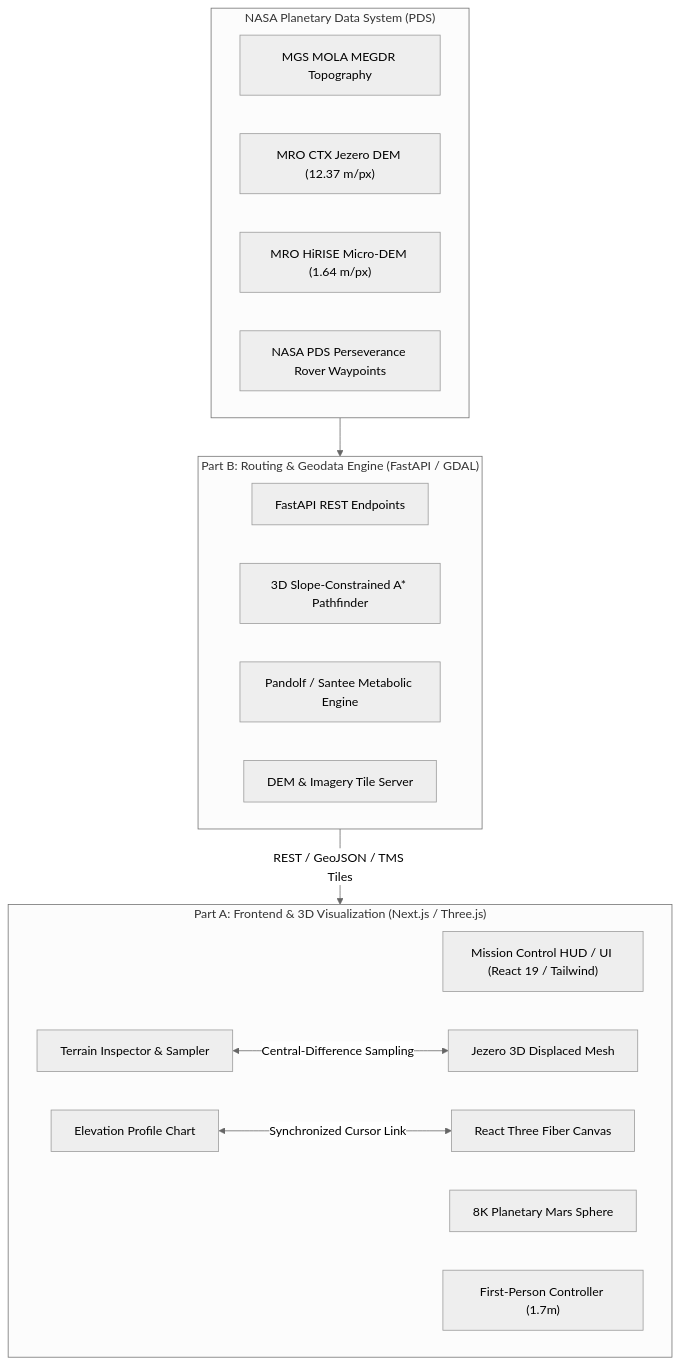
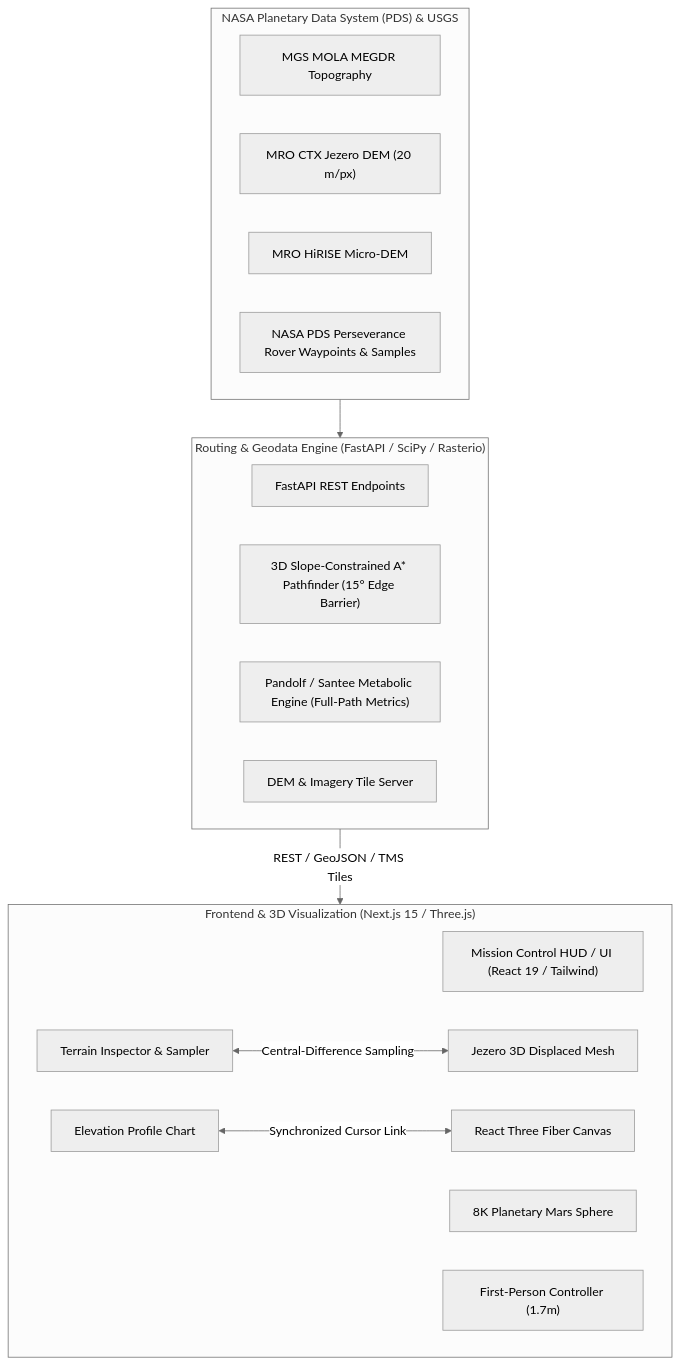
Before and after one commit to l3nnardwlg/mars-map: the diagram in README.md, drawn with Mermaid (neutral theme). The commit also changed other lines of this file and 41 other files, not shown here.

````diff
--- a/README.md
+++ b/README.md
@@ -56,31 +57,31 @@
 ```mermaid
 flowchart TD
-    subgraph Frontend ["Part A: Frontend & 3D Visualization (Next.js / Three.js)"]
+    subgraph Frontend ["Frontend & 3D Visualization (Next.js 15 / Three.js)"]
         UI["Mission Control HUD / UI (React 19 / Tailwind)"]
         Canvas["React Three Fiber Canvas"]
         Globe["8K Planetary Mars Sphere"]
         Terrain["Jezero 3D Displaced Mesh"]
         Inspector["Terrain Inspector & Sampler"]
         Astronaut["First-Person Controller (1.7m)"]
         Chart["Elevation Profile Chart"]
     end
 
-    subgraph Backend ["Part B: Routing & Geodata Engine (FastAPI / GDAL)"]
+    subgraph Backend ["Routing & Geodata Engine (FastAPI / SciPy / Rasterio)"]
         API["FastAPI REST Endpoints"]
-        AStar["3D Slope-Constrained A* Pathfinder"]
-        BioModel["Pandolf / Santee Metabolic Engine"]
+        AStar["3D Slope-Constrained A* Pathfinder (15° Edge Barrier)"]
+        BioModel["Pandolf / Santee Metabolic Engine (Full-Path Metrics)"]
         TileServer["DEM & Imagery Tile Server"]
     end
 
-    subgraph Data ["NASA Planetary Data System (PDS)"]
+    subgraph Data ["NASA Planetary Data System (PDS) & USGS"]
         MOLA["MGS MOLA MEGDR Topography"]
-        CTX["MRO CTX Jezero DEM (12.37 m/px)"]
-        HiRISE["MRO HiRISE Micro-DEM (1.64 m/px)"]
-        Perseverance["NASA PDS Perseverance Rover Waypoints"]
+        CTX["MRO CTX Jezero DEM (20 m/px)"]
+        HiRISE["MRO HiRISE Micro-DEM"]
+        Perseverance["NASA PDS Perseverance Rover Waypoints & Samples"]
     end
 
     Data --> Backend
     Backend -->|REST / GeoJSON / TMS Tiles| Frontend
     Inspector <-->|Central-Difference Sampling| Terrain
     Chart <-->|Synchronized Cursor Link| Canvas
 ```
````
